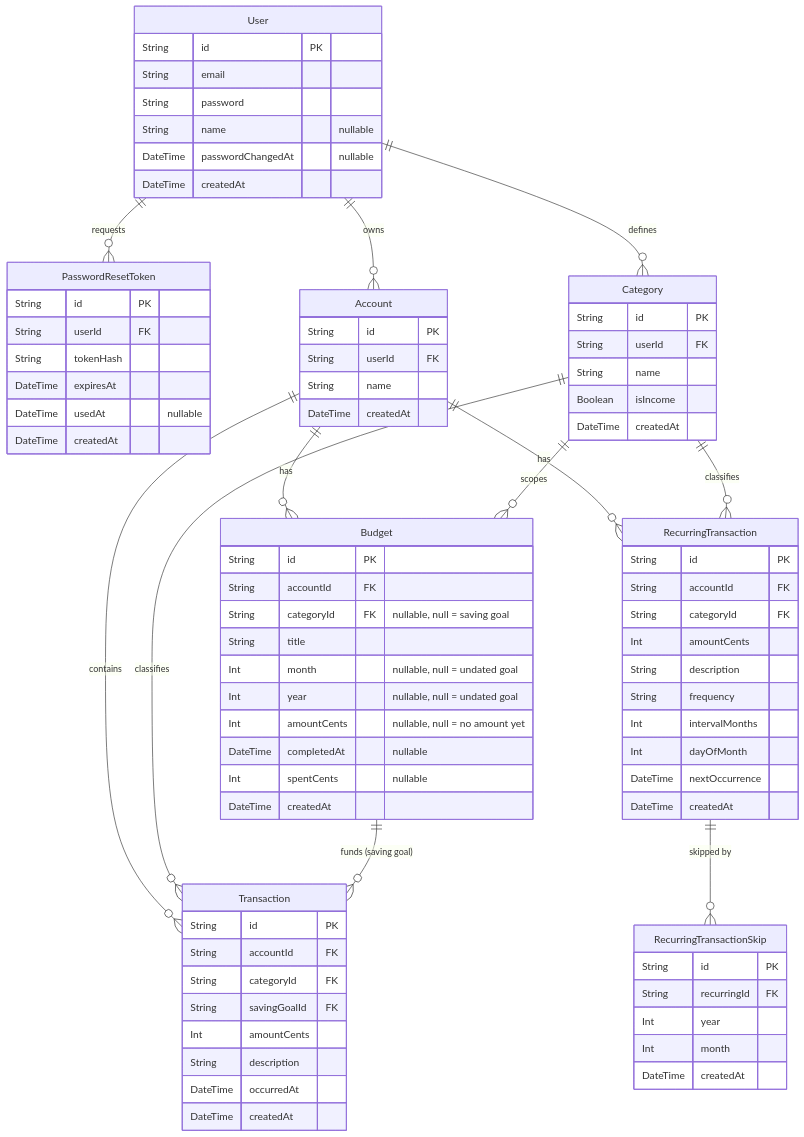
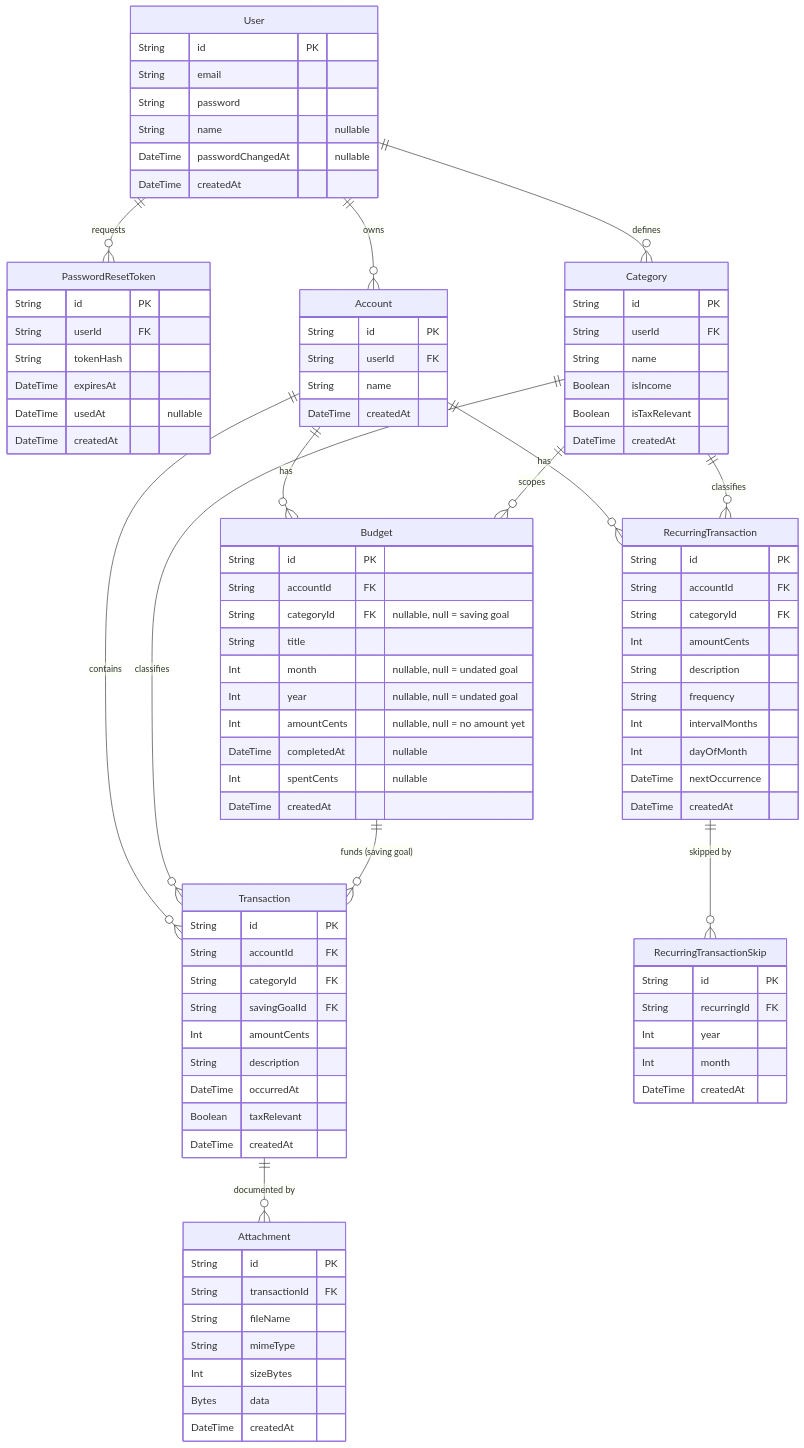
The diagram in docs/data-model.md (konradthiemann/Doewe), drawn with Mermaid before and after one commit. The commit also changed other lines of this file and 26 other files, not shown here.

````diff
--- a/docs/data-model.md
+++ b/docs/data-model.md
@@ -31,6 +31,7 @@
         String userId FK
         String name
         Boolean isIncome
+        Boolean isTaxRelevant
         DateTime createdAt
     }
     Transaction {
@@ -41,6 +42,16 @@
         Int amountCents
         String description
         DateTime occurredAt
+        Boolean taxRelevant
+        DateTime createdAt
+    }
+    Attachment {
+        String id PK
+        String transactionId FK
+        String fileName
+        String mimeType
+        Int sizeBytes
+        Bytes data
         DateTime createdAt
     }
     RecurringTransaction {
@@ -86,4 +97,5 @@
     Category ||--o{ Budget : "scopes"
     RecurringTransaction ||--o{ RecurringTransactionSkip : "skipped by"
     Budget ||--o{ Transaction : "funds (saving goal)"
+    Transaction ||--o{ Attachment : "documented by"
 ```
````
